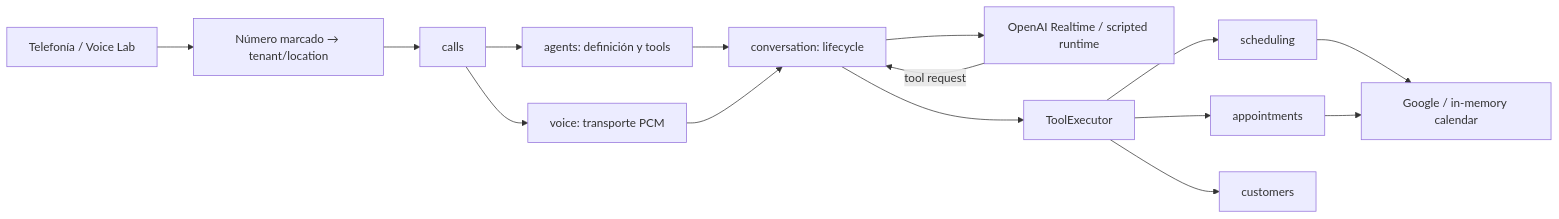
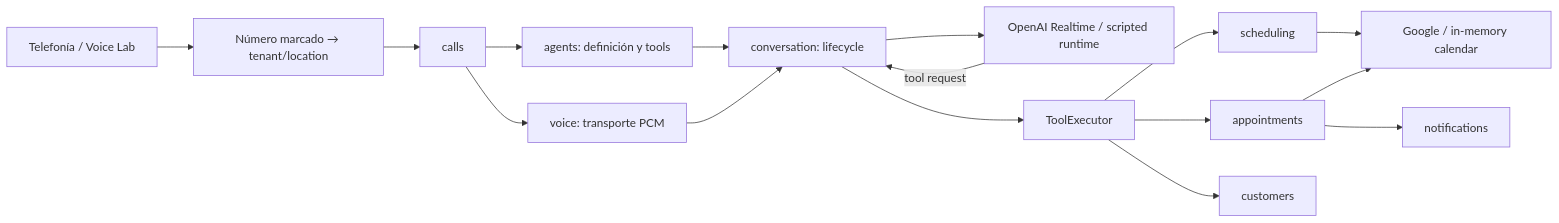
One commit to AlanCole1234/YIBO_AI_RECEPTIONIST changed the first of 2 diagrams in docs/ARCHITECTURE.md. Above: the diagram before and after it, drawn with Mermaid. The commit also changed other lines of this file and 53 other files, not shown here.

````diff
--- a/docs/ARCHITECTURE.md
+++ b/docs/ARCHITECTURE.md
@@ -17,17 +17,18 @@
 ```mermaid
 flowchart LR
   TEL["Telefonía / Voice Lab"] --> DID["Número marcado → tenant/location"]
   DID --> CALLS["calls"]
   CALLS --> AGENTS["agents: definición y tools"]
   CALLS --> VOICE["voice: transporte PCM"]
   AGENTS --> CONV["conversation: lifecycle"]
   VOICE --> CONV
   CONV --> RT["OpenAI Realtime / scripted runtime"]
   RT -->|"tool request"| CONV
   CONV --> EXEC["ToolExecutor"]
   EXEC --> SCHED["scheduling"]
   EXEC --> APPT["appointments"]
   EXEC --> CUST["customers"]
+  APPT --> NOTIFY["notifications"]
   SCHED --> CAL["Google / in-memory calendar"]
   APPT --> CAL
 ```
````
